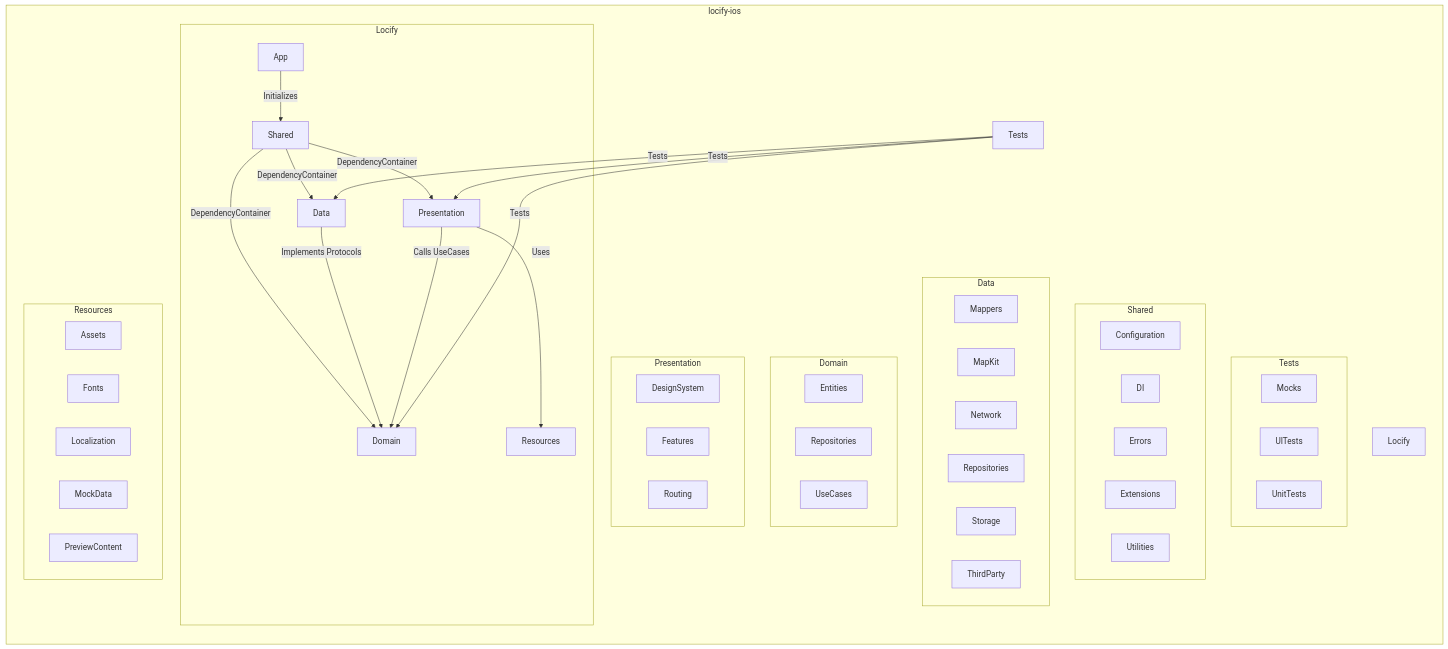
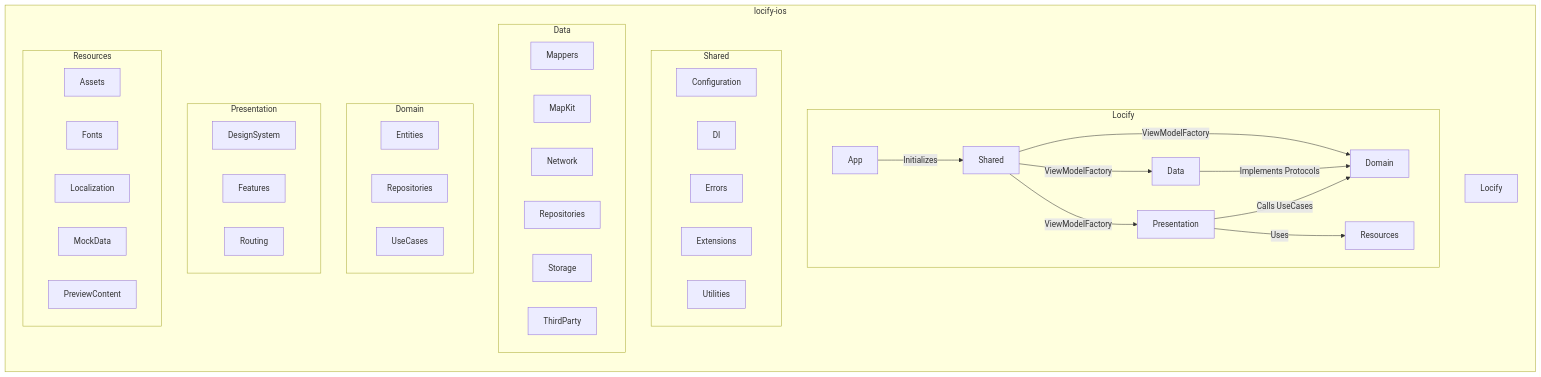
The diagram in locify-ios/README.md (lhhiep2204/Locify), drawn with Mermaid before and after one commit. The commit also changed other lines of this file, not shown here.

Commit message:
[iOS] Update README file

````diff
--- a/locify-ios/README.md
+++ b/locify-ios/README.md
@@ -203,62 +201,53 @@
 ```mermaid
 graph LR
     A[App] -->|Initializes| B[Shared]
-    B -->|DependencyContainer| C[Domain]
-    B -->|DependencyContainer| D[Data]
-    B -->|DependencyContainer| E[Presentation]
+    B -->|ViewModelFactory| C[Domain]
+    B -->|ViewModelFactory| D[Data]
+    B -->|ViewModelFactory| E[Presentation]
     D -->|Implements Protocols| C
     E -->|Calls UseCases| C
     E -->|Uses| F[Resources]
-    G[Tests] -->|Tests| C
-    G -->|Tests| D
-    G -->|Tests| E
     subgraph locify-ios
         H[Locify]
-        G[Tests]
         subgraph Locify
             A
             B
             C
             D
             E
             F
-        end
-        subgraph Tests
-            G1[Mocks]
-            G2[UITests]
-            G3[UnitTests]
         end
         subgraph Shared
             B1[Configuration]
             B2[DI]
             B3[Errors]
             B4[Extensions]
             B5[Utilities]
         end
         subgraph Data
             D1[Mappers]
             D2[MapKit]
             D3[Network]
             D4[Repositories]
             D5[Storage]
             D6[ThirdParty]
         end
         subgraph Domain
             C1[Entities]
             C2[Repositories]
             C3[UseCases]
         end
         subgraph Presentation
             E1[DesignSystem]
             E2[Features]
             E3[Routing]
         end
         subgraph Resources
             F1[Assets]
             F2[Fonts]
             F3[Localization]
             F4[MockData]
             F5[PreviewContent]
         end
     end
 ```
````
